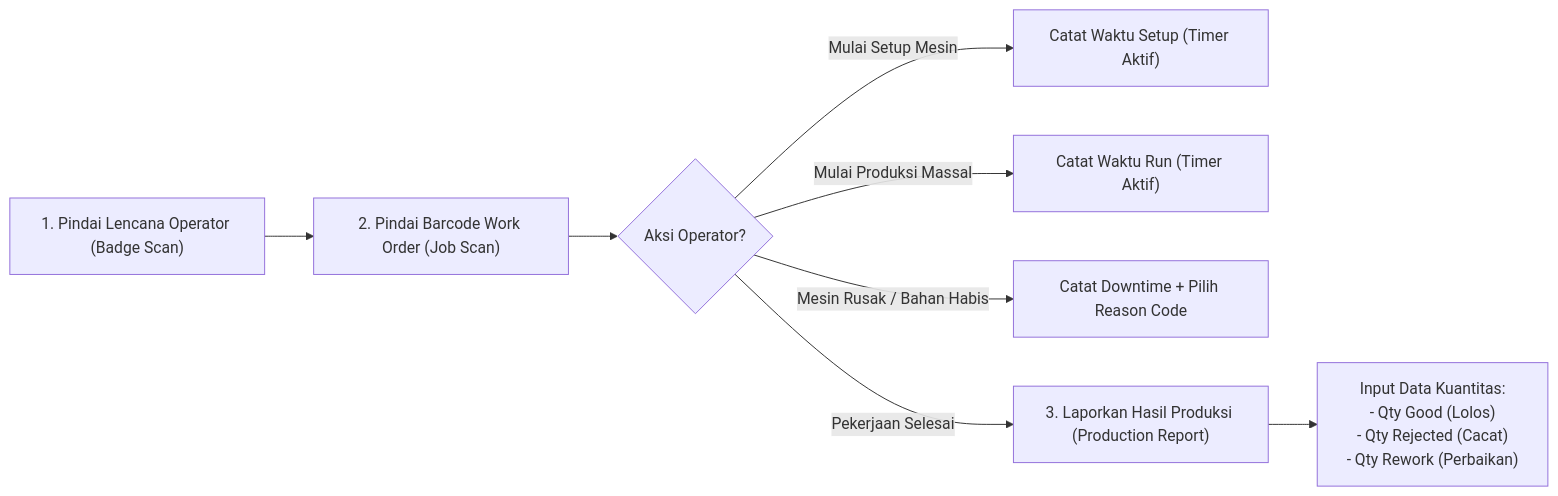
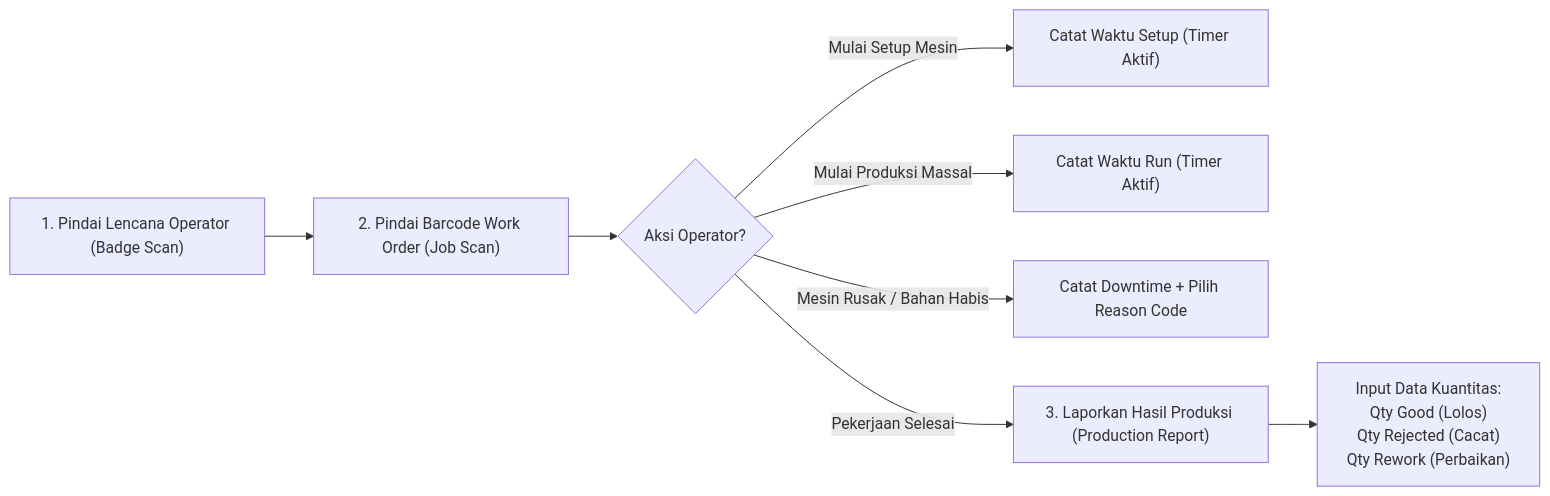
The second of 2 diagrams in content/06-manufacturing/shop-floor-execution.md (alimurrofid/erp-notes), drawn with Mermaid before and after one commit. The commit also changed 59 other files, not shown here.

Commit message:
fix(content):enter character mermaid

````diff
--- a/content/06-manufacturing/shop-floor-execution.md
+++ b/content/06-manufacturing/shop-floor-execution.md
@@ -66,13 +66,13 @@
 ```mermaid
 flowchart LR
     Badge["1. Pindai Lencana Operator (Badge Scan)"]
     --> Barcode["2. Pindai Barcode Work Order (Job Scan)"]
     --> Action{"Aksi Operator?"}
     
     Action -- "Mulai Setup Mesin" --> Setup["Catat Waktu Setup (Timer Aktif)"]
     Action -- "Mulai Produksi Massal" --> Run["Catat Waktu Run (Timer Aktif)"]
     Action -- "Mesin Rusak / Bahan Habis" --> Down["Catat Downtime + Pilih Reason Code"]
     Action -- "Pekerjaan Selesai" --> Finish["3. Laporkan Hasil Produksi (Production Report)"]
     
-    Finish --> Inputs["Input Data Kuantitas:<br/>- Qty Good (Lolos)<br/>- Qty Rejected (Cacat)<br/>- Qty Rework (Perbaikan)"]
+    Finish --> Inputs["Input Data Kuantitas:<br/>Qty Good (Lolos)<br/>Qty Rejected (Cacat)<br/>Qty Rework (Perbaikan)"]
 ```
````
